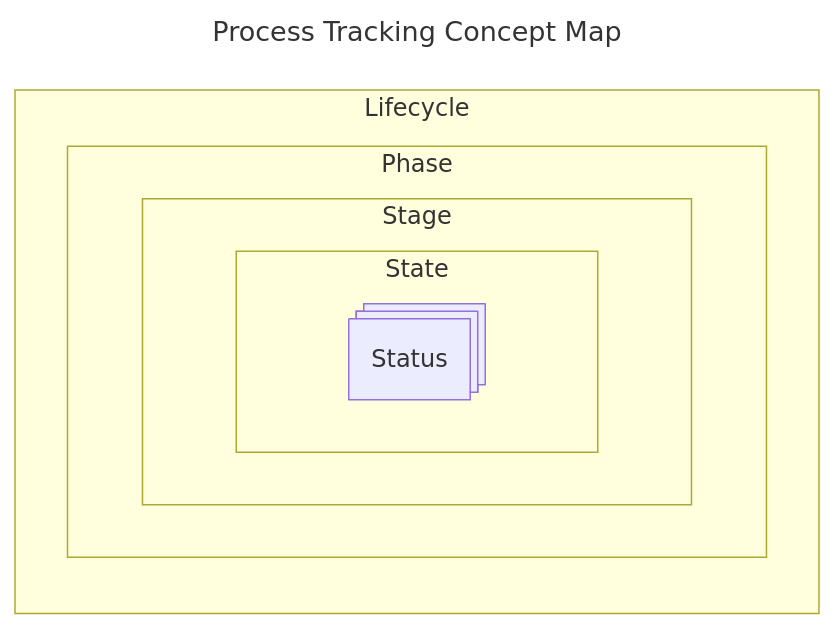
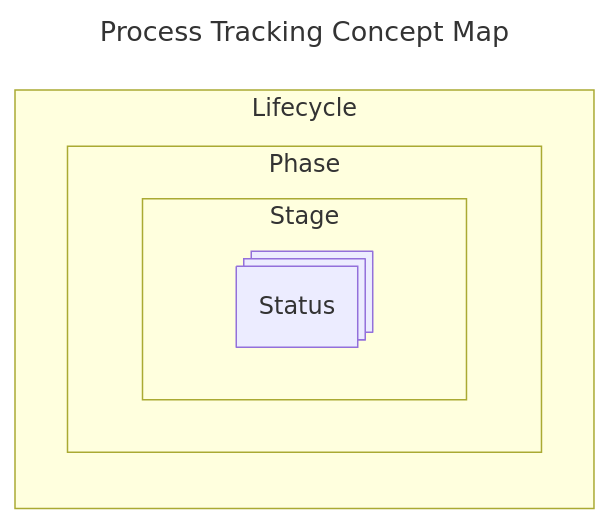
The second of 2 diagrams in docs/intro/terminology.md (bcgov/nr-pies), drawn with Mermaid before and after one commit.

Commit message:
Drop state from nested diagram

````diff
--- a/docs/intro/terminology.md
+++ b/docs/intro/terminology.md
@@ -137,18 +137,16 @@
 ```mermaid
 ---
 title: Process Tracking Concept Map
 ---
 flowchart LR
   Status@{ shape: processes }
 
   subgraph Lifecycle
     subgraph Phase
       subgraph Stage
-        subgraph State
-          Status
-        end
+        Status
       end
     end
   end
 
 ```
````
